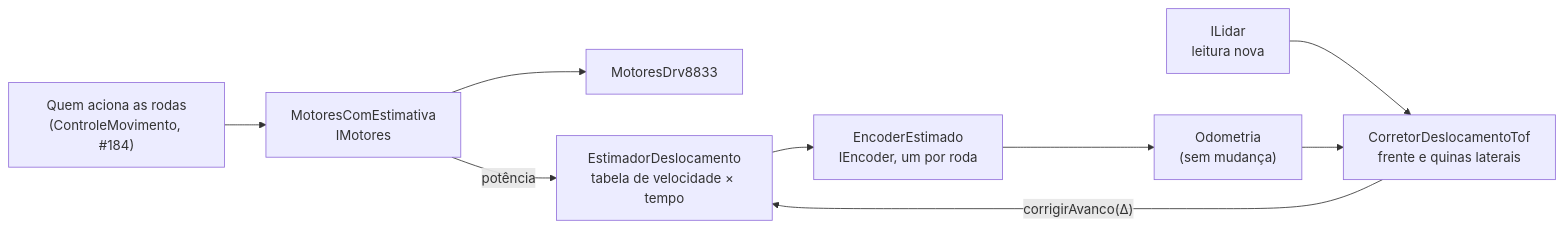
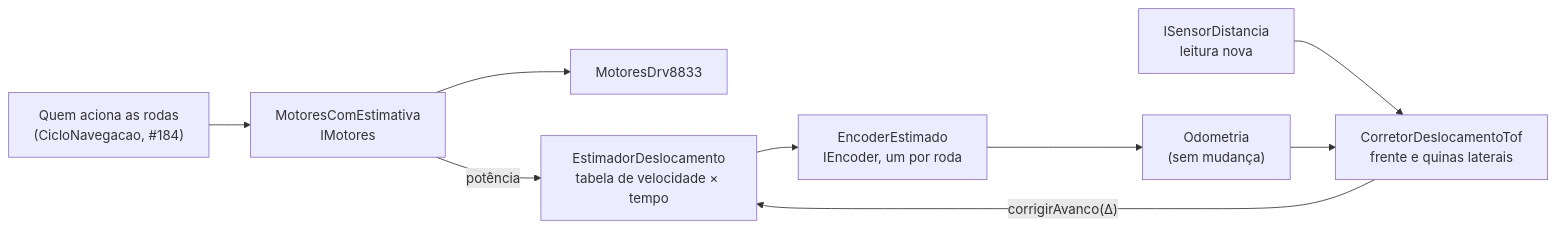
Before and after one commit to claudiohsc/2026_2_PI1_Grupo01_Hilmer-1: diagram 12 of 12 in docs/04-projeto-conceitual/firmware.md, drawn with Mermaid. The commit also changed other lines of this file and 1 other file, not shown here.

First line of the commit message:
docs(firmware): atualiza a documentação do deslocamento sem encoder com o que já entrou (#380)

````diff
--- a/docs/04-projeto-conceitual/firmware.md
+++ b/docs/04-projeto-conceitual/firmware.md
@@ -997,11 +1002,11 @@
 ```mermaid
 flowchart LR
-    quem["Quem aciona as rodas<br/>(ControleMovimento, #184)"] --> mce["MotoresComEstimativa<br/>IMotores"]
+    quem["Quem aciona as rodas<br/>(CicloNavegacao, #184)"] --> mce["MotoresComEstimativa<br/>IMotores"]
     mce --> drv["MotoresDrv8833"]
     mce -- "potência" --> est["EstimadorDeslocamento<br/>tabela de velocidade × tempo"]
     est --> enc["EncoderEstimado<br/>IEncoder, um por roda"]
     enc --> odo["Odometria<br/>(sem mudança)"]
-    tof["ILidar<br/>leitura nova"] --> cor["CorretorDeslocamentoTof<br/>frente e quinas laterais"]
+    tof["ISensorDistancia<br/>leitura nova"] --> cor["CorretorDeslocamentoTof<br/>frente e quinas laterais"]
     odo --> cor
     cor -- "corrigirAvanco(Δ)" --> est
 ```
````
